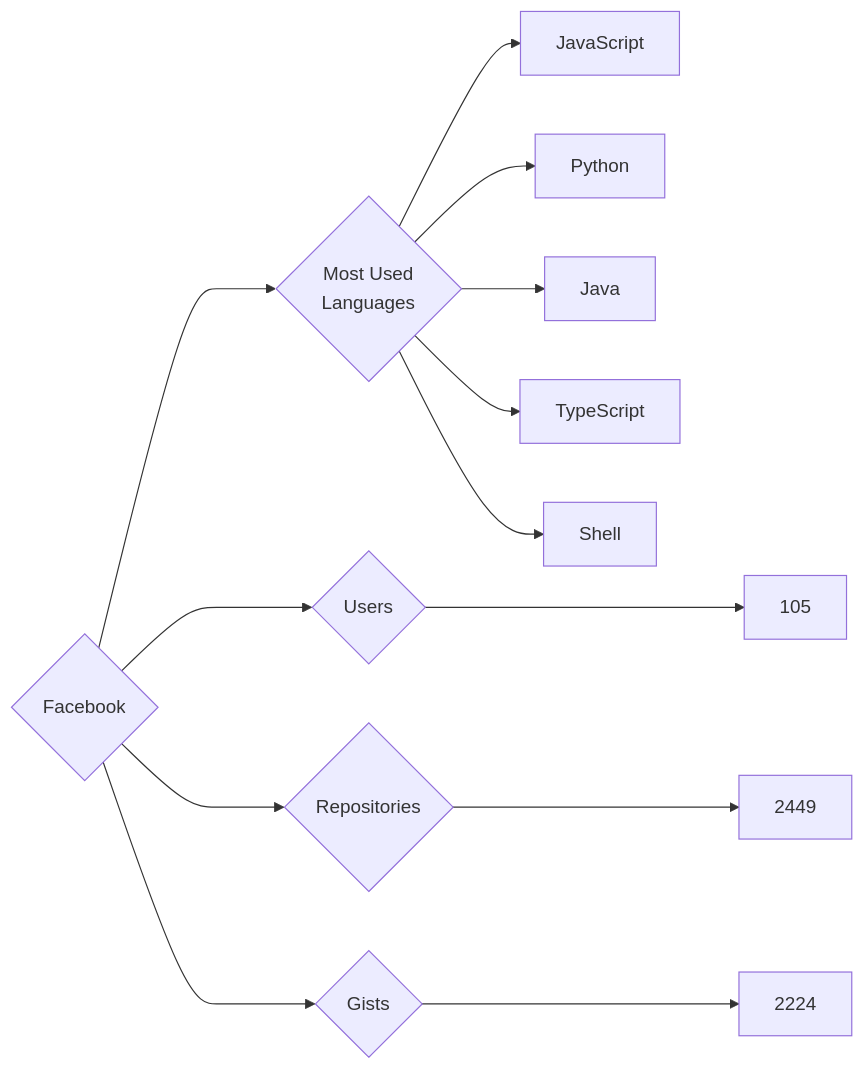
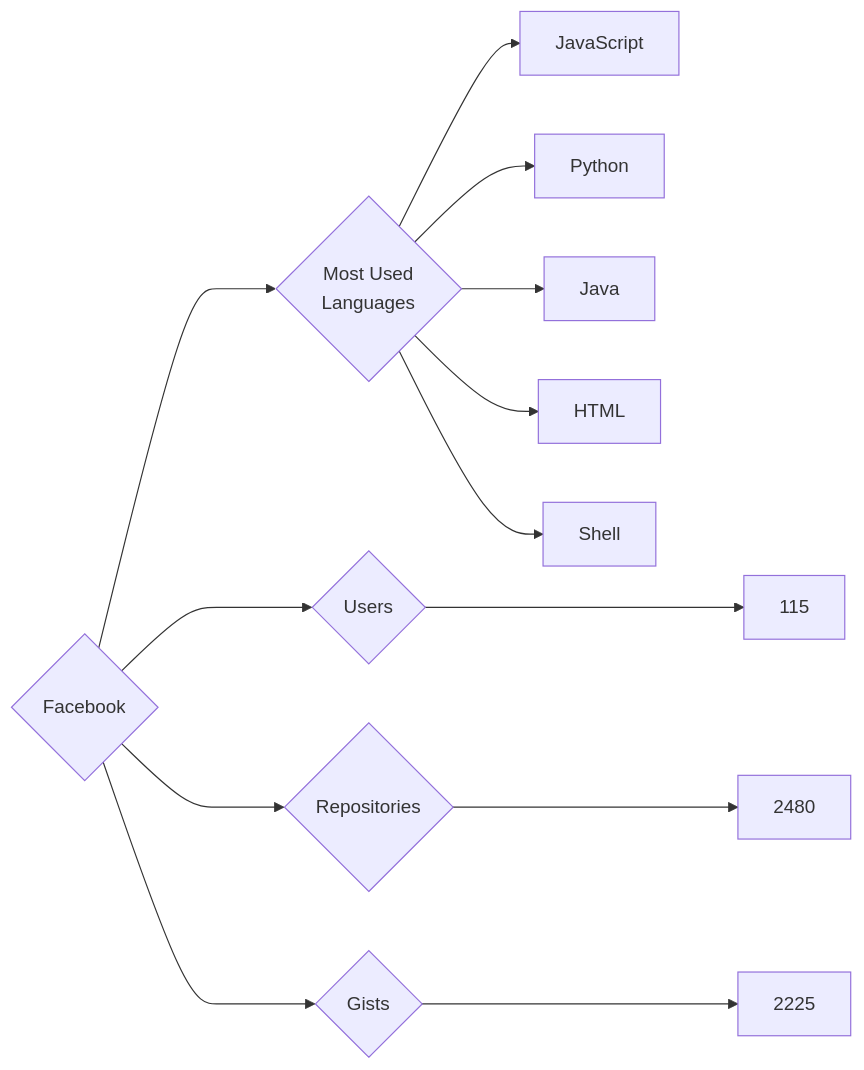
The diagram in targets/Facebook/README.md (trickest/insiders), drawn with Mermaid before and after one commit. The commit also changed 953 other files, not shown here.

````diff
--- a/targets/Facebook/README.md
+++ b/targets/Facebook/README.md
@@ -3,13 +3,13 @@
 ```mermaid
 graph LR
 COMPANY_NAME{Facebook}
-COMPANY_NAME ---> U{Users} ---> UN[105]
-COMPANY_NAME ---> R{Repositories} ---> RN[2449]
-COMPANY_NAME ---> G{Gists} ---> GN[2224]
+COMPANY_NAME ---> U{Users} ---> UN[115]
+COMPANY_NAME ---> R{Repositories} ---> RN[2480]
+COMPANY_NAME ---> G{Gists} ---> GN[2225]
 COMPANY_NAME ---> ML{Most Used<br>Languages}
 ML --> JavaScript[JavaScript]
 ML --> Python[Python]
 ML --> Java[Java]
-ML --> TypeScript[TypeScript]
+ML --> HTML[HTML]
 ML --> Shell[Shell]
 ```
````
